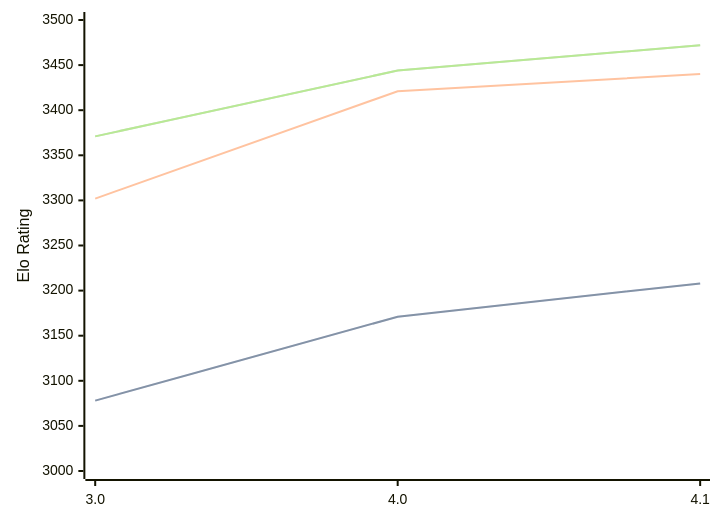
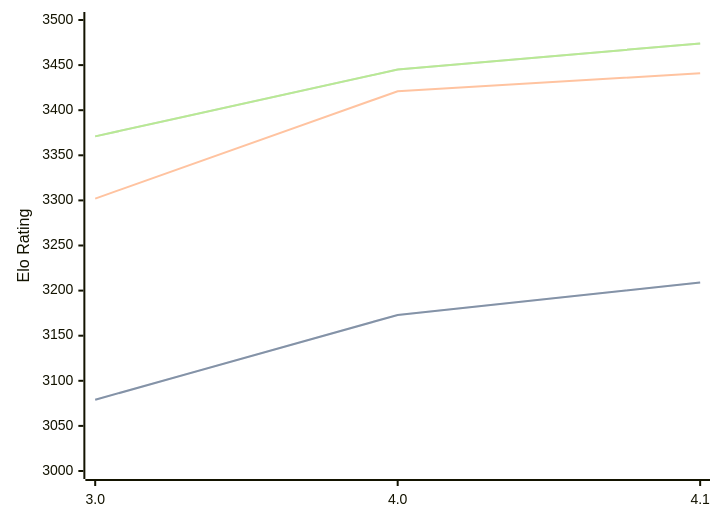
One commit to computer-chess-index/cci changed the diagram in engines/Eleanor.md. Above: the diagram before and after it, drawn with Mermaid. The commit also changed other lines of this file, not shown here.

Commit message:
Update CCI Ratings (ELO VLTC) - 2026-05-14

````diff
--- a/engines/Eleanor.md
+++ b/engines/Eleanor.md
@@ -35,11 +35,11 @@
 ```mermaid
 %%{init: {"theme":"base","themeVariables":{"seriesColors:['#a3a3a3','#222221','#faa371']}}}%%
 xychart-beta
   x-axis ["3.0", "4.0", "4.1"]
   y-axis "Elo Rating" 3000 --> 3500
-  line "STC (8.0+0.08s)" [3078, 3171, 3208]
-  line "STC (8.0+0.08s)" [3078, 3171, 3208]
-  line "LTC (60.0+0.60s)" [3302, 3421, 3440]
-  line "VLTC (2m24s+1.12s)" [3371, 3444, 3472]
-  line "VLTC (2m24s+1.12s)" [3371, 3444, 3472]
+  line "STC (8.0+0.08s)" [3079, 3173, 3209]
+  line "STC (8.0+0.08s)" [3079, 3173, 3209]
+  line "LTC (60.0+0.60s)" [3302, 3421, 3441]
+  line "VLTC (2m24s+1.12s)" [3371, 3445, 3474]
+  line "VLTC (2m24s+1.12s)" [3371, 3445, 3474]
 ```
````
